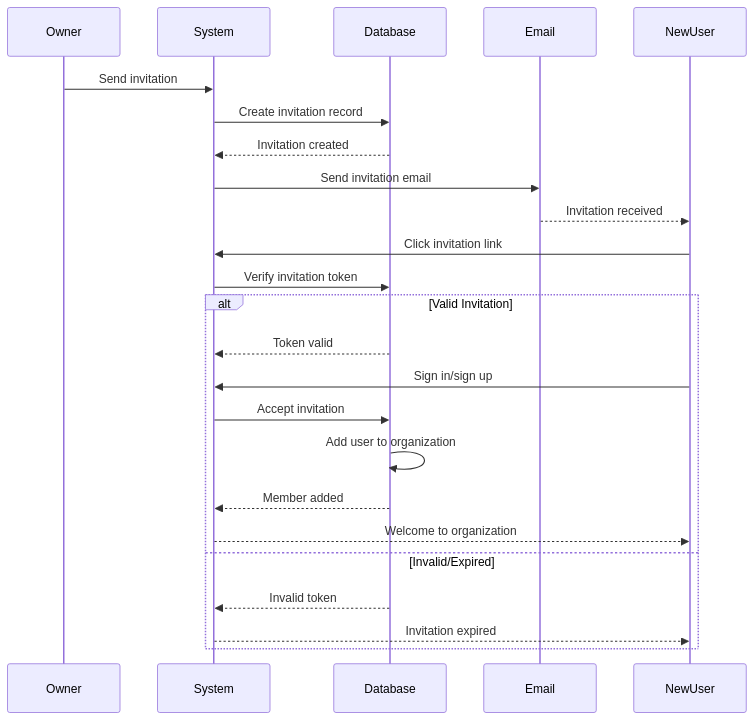
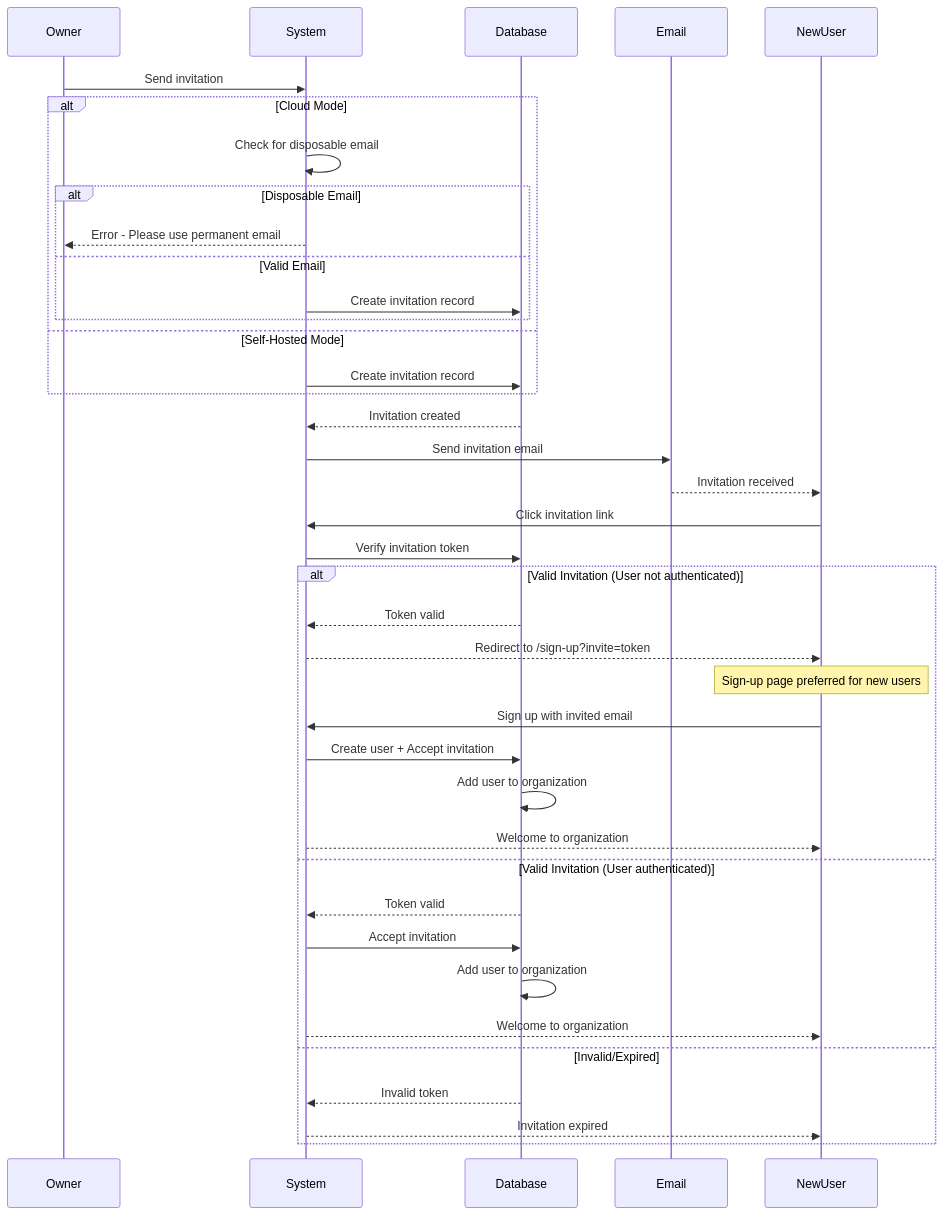
One commit to supercheck-io/supercheck changed diagram 17 of 18 in docs/specs/02-authentication/AUTHENTICATION_SYSTEM.md. Above: the diagram before and after it, drawn with Mermaid. The commit also changed other lines of this file and 30 other files, not shown here.

First line of the commit message:
feat(auth): implement email verification for cloud mode

````diff
--- a/docs/specs/02-authentication/AUTHENTICATION_SYSTEM.md
+++ b/docs/specs/02-authentication/AUTHENTICATION_SYSTEM.md
@@ -700,30 +894,46 @@
 ```mermaid
 sequenceDiagram
     participant Owner
     participant System
     participant Database
     participant Email
     participant NewUser
 
     Owner->>System: Send invitation
-    System->>Database: Create invitation record
+
+    alt Cloud Mode
+        System->>System: Check for disposable email
+        alt Disposable Email
+            System-->>Owner: Error - Please use permanent email
+        else Valid Email
+            System->>Database: Create invitation record
+        end
+    else Self-Hosted Mode
+        System->>Database: Create invitation record
+    end
+
     Database-->>System: Invitation created
-
     System->>Email: Send invitation email
     Email-->>NewUser: Invitation received
 
     NewUser->>System: Click invitation link
     System->>Database: Verify invitation token
 
-    alt Valid Invitation
+    alt Valid Invitation (User not authenticated)
         Database-->>System: Token valid
-        NewUser->>System: Sign in/sign up
+        System-->>NewUser: Redirect to /sign-up?invite=token
+        Note over NewUser: Sign-up page preferred for new users
+        NewUser->>System: Sign up with invited email
+        System->>Database: Create user + Accept invitation
+        Database->>Database: Add user to organization
+        System-->>NewUser: Welcome to organization
+    else Valid Invitation (User authenticated)
+        Database-->>System: Token valid
         System->>Database: Accept invitation
         Database->>Database: Add user to organization
-        Database-->>System: Member added
         System-->>NewUser: Welcome to organization
     else Invalid/Expired
         Database-->>System: Invalid token
         System-->>NewUser: Invitation expired
     end
 ```
````
